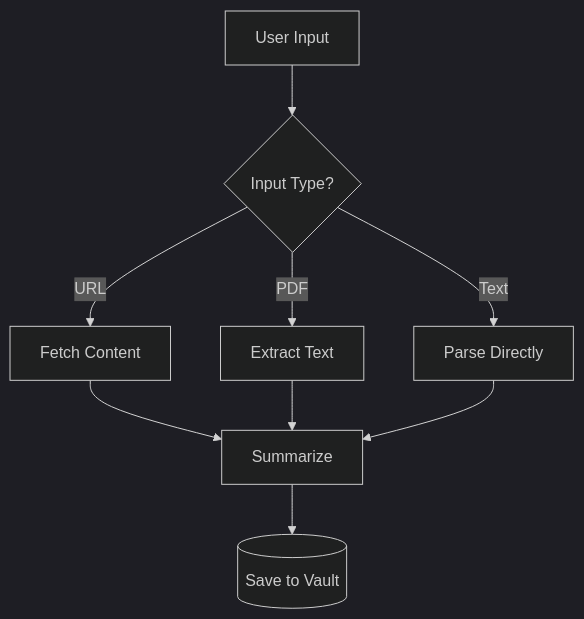
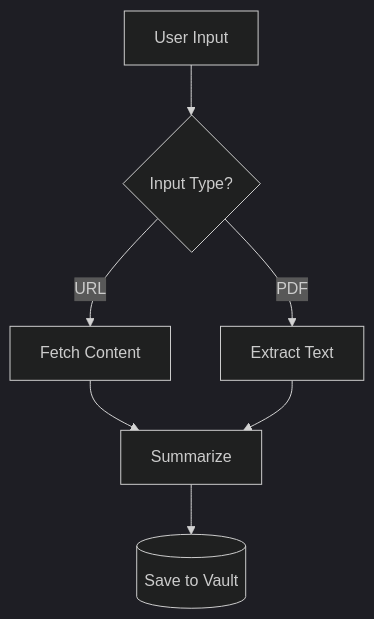
The diagram in skills/do.mermaid/SKILL.md (dull-bird/DeepOrbit), drawn with Mermaid (dark theme) before and after one commit. The commit also changed other lines of this file and 45 other files, not shown here.

````diff
--- a/skills/do.mermaid/SKILL.md
+++ b/skills/do.mermaid/SKILL.md
@@ -117,11 +46,9 @@
 ```mermaid
 flowchart TD
     A[User Input] --> B{Input Type?}
     B -->|URL| C[Fetch Content]
     B -->|PDF| D[Extract Text]
-    B -->|Text| E[Parse Directly]
     C --> F[Summarize]
     D --> F
-    E --> F
     F --> G[(Save to Vault)]
 ```
````
